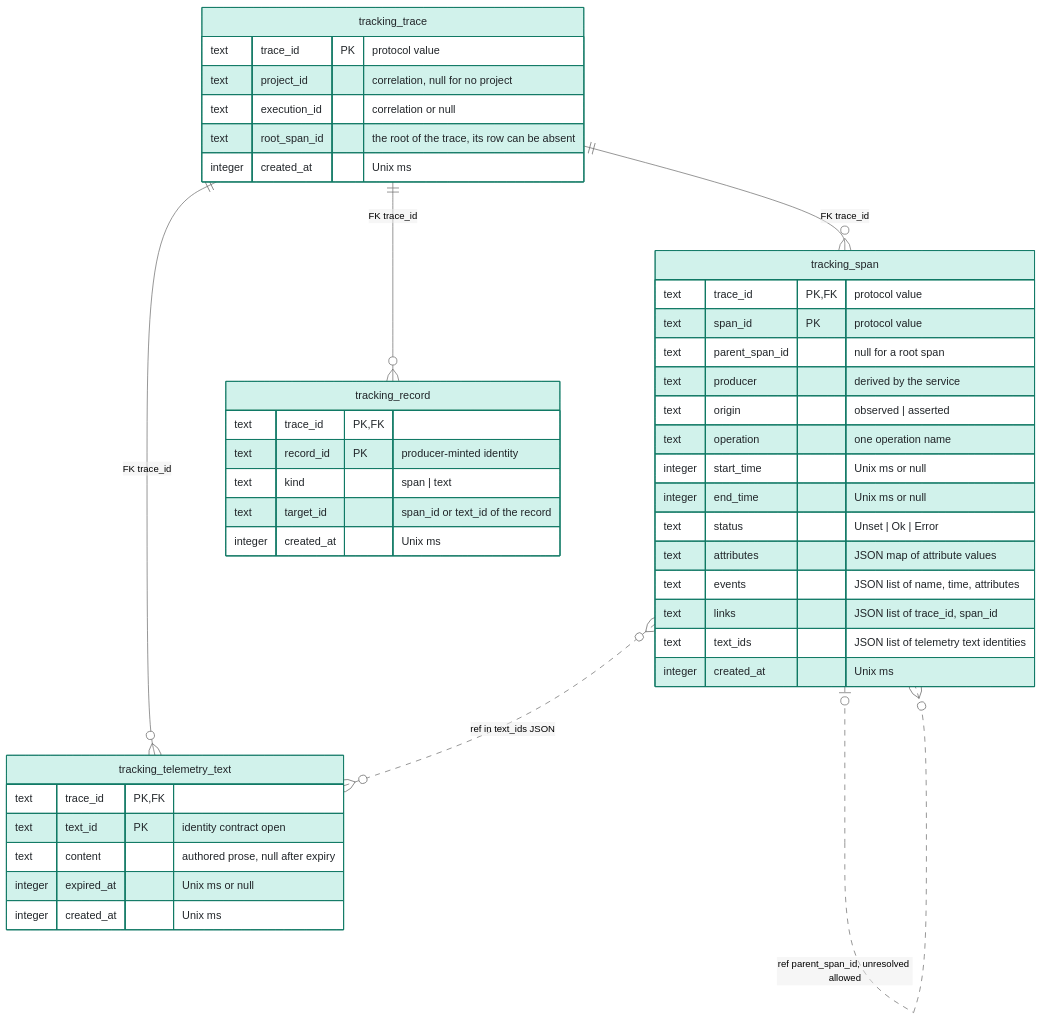
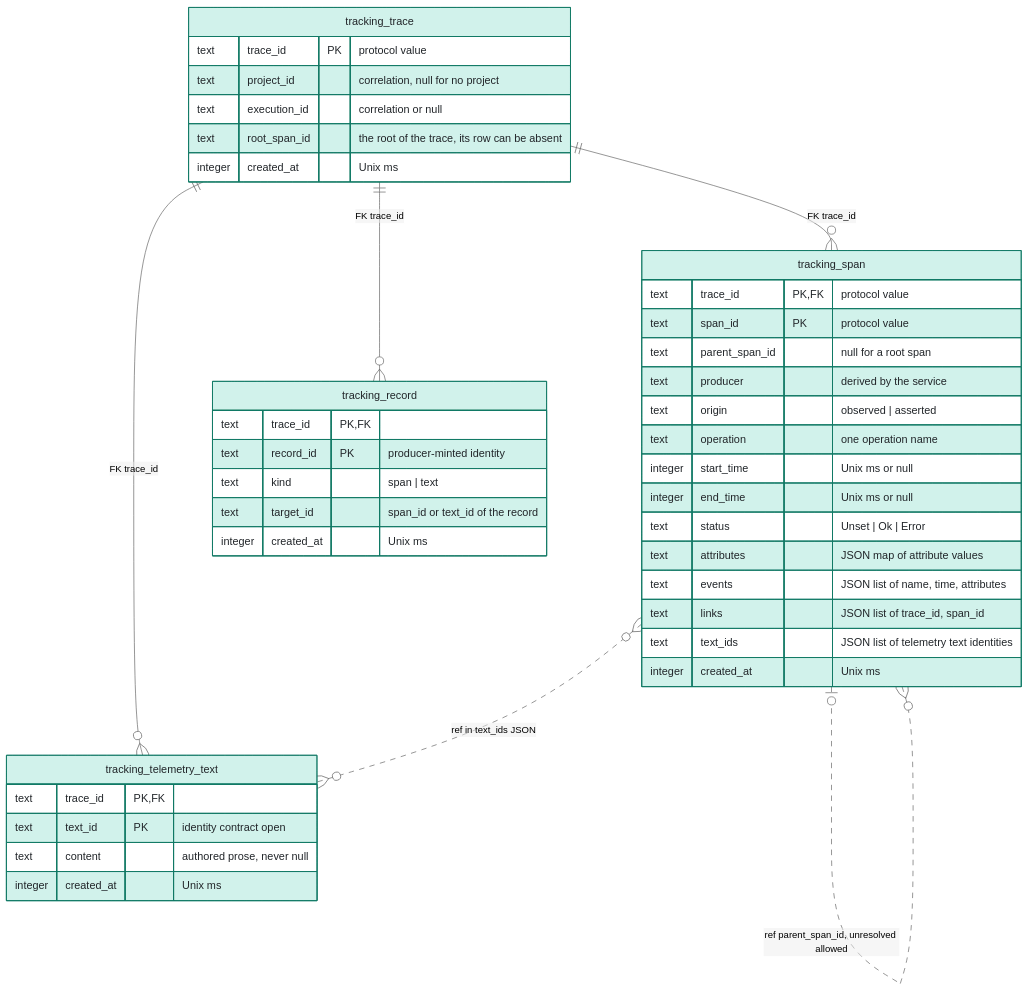
Before and after one commit to kanthorlabs/kanthord: the diagram in docs/reference/erd/04-tracking.md, drawn with Mermaid (neutral theme). The commit also changed other lines of this file and 3 other files, not shown here.

Commit message:
docs(erd): drop the removed tables and columns and record the new ones

````diff
--- a/docs/reference/erd/04-tracking.md
+++ b/docs/reference/erd/04-tracking.md
@@ -30,53 +30,52 @@
 ```mermaid
 erDiagram
     tracking_trace {
         text trace_id PK "protocol value"
         text project_id "correlation, null for no project"
         text execution_id "correlation or null"
         text root_span_id "the root of the trace, its row can be absent"
         integer created_at "Unix ms"
     }
 
     tracking_span {
         text trace_id PK, FK "protocol value"
         text span_id PK "protocol value"
         text parent_span_id "null for a root span"
         text producer "derived by the service"
         text origin "observed | asserted"
         text operation "one operation name"
         integer start_time "Unix ms or null"
         integer end_time "Unix ms or null"
         text status "Unset | Ok | Error"
         text attributes "JSON map of attribute values"
         text events "JSON list of name, time, attributes"
         text links "JSON list of trace_id, span_id"
         text text_ids "JSON list of telemetry text identities"
         integer created_at "Unix ms"
     }
 
     tracking_record {
         text trace_id PK, FK
         text record_id PK "producer-minted identity"
         text kind "span | text"
         text target_id "span_id or text_id of the record"
         integer created_at "Unix ms"
     }
 
     tracking_telemetry_text {
         text trace_id PK, FK
         text text_id PK "identity contract open"
-        text content "authored prose, null after expiry"
-        integer expired_at "Unix ms or null"
+        text content "authored prose, never null"
         integer created_at "Unix ms"
     }
 
     tracking_trace ||--o{ tracking_span : "FK trace_id"
     tracking_trace ||--o{ tracking_record : "FK trace_id"
     tracking_trace ||--o{ tracking_telemetry_text : "FK trace_id"
     tracking_span }o..o{ tracking_span : "ref in links JSON, other trace"
     tracking_span |o..o{ tracking_span : "ref parent_span_id, unresolved allowed"
     tracking_span }o..o{ tracking_telemetry_text : "ref in text_ids JSON"
 
     classDef tracking fill:#d1f2eb,stroke:#117a65,color:#212529
     class tracking_trace,tracking_span,tracking_record,tracking_telemetry_text tracking
 ```
````
